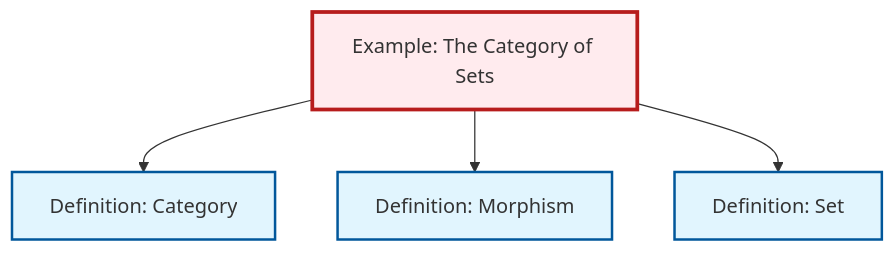
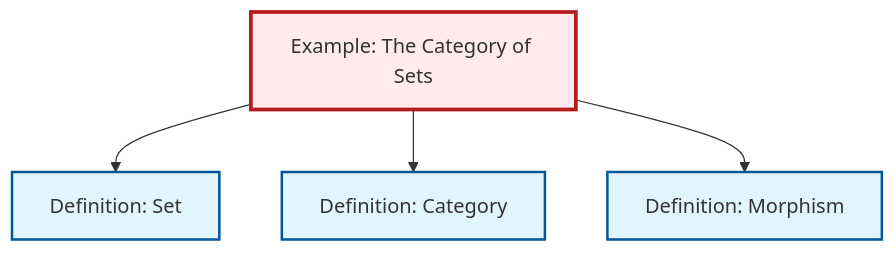
The diagram in output/mermaid/ex-set-category.mermaid (RK0429/ModernMath), drawn with Mermaid before and after one commit. The commit also changed other lines of this file and 417 other files, not shown here.

```diff
--- a/output/mermaid/ex-set-category.mermaid
+++ b/output/mermaid/ex-set-category.mermaid
@@ -1,15 +1,15 @@
 %%| fig-cap: "Local dependency graph"
 graph TD
     classDef definition fill:#e1f5fe,stroke:#01579b,stroke-width:2px
     classDef theorem fill:#f3e5f5,stroke:#4a148c,stroke-width:2px
     classDef axiom fill:#fff3e0,stroke:#e65100,stroke-width:2px
     classDef example fill:#e8f5e9,stroke:#1b5e20,stroke-width:2px
     classDef current fill:#ffebee,stroke:#b71c1c,stroke-width:3px
+    def-category["Definition: Category"]:::definition
     def-morphism["Definition: Morphism"]:::definition
+    def-set["Definition: Set"]:::definition
     ex-set-category["Example: The Category of Sets"]:::example
-    def-category["Definition: Category"]:::definition
-    def-set["Definition: Set"]:::definition
+    ex-set-category --> def-set
     ex-set-category --> def-category
     ex-set-category --> def-morphism
-    ex-set-category --> def-set
     class ex-set-category current
```
